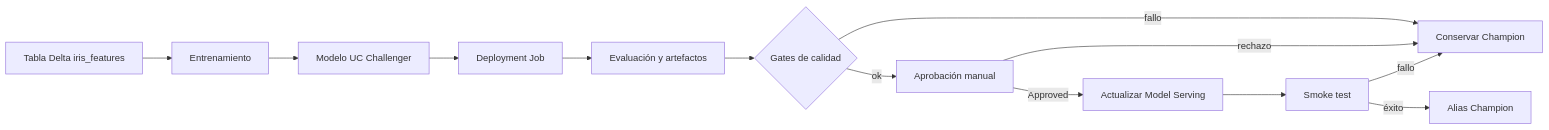
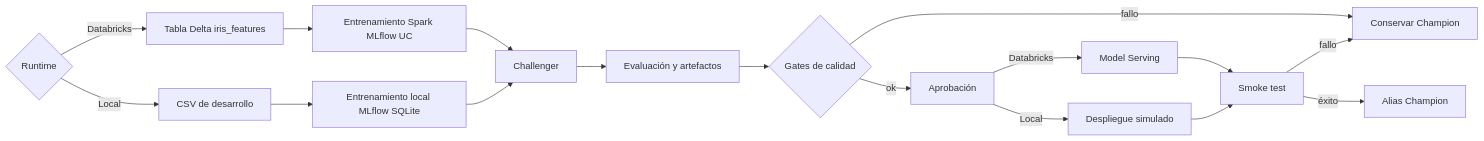
The diagram in docs/architecture.md (cristopheranbus/iris_mlflow), drawn with Mermaid before and after one commit. The commit also changed other lines of this file and 23 other files, not shown here.

````diff
--- a/docs/architecture.md
+++ b/docs/architecture.md
@@ -7,15 +7,19 @@
 ```mermaid
 flowchart LR
-    A[Tabla Delta iris_features] --> B[Entrenamiento]
-    B --> C[Modelo UC Challenger]
-    C --> D[Deployment Job]
-    D --> E[Evaluación y artefactos]
-    E --> F{Gates de calidad}
-    F -->|fallo| G[Conservar Champion]
-    F -->|ok| H[Aprobación manual]
-    H -->|rechazo| G
-    H -->|Approved| I[Actualizar Model Serving]
-    I --> J[Smoke test]
-    J -->|fallo| G
+    A{Runtime} -->|Databricks| B[Tabla Delta iris_features]
+    A -->|Local| L[CSV de desarrollo]
+    B --> C[Entrenamiento Spark MLflow UC]
+    L --> M[Entrenamiento local MLflow SQLite]
+    C --> N[Challenger]
+    M --> N
+    N --> D[Evaluación y artefactos]
+    D --> E{Gates de calidad}
+    E -->|fallo| F[Conservar Champion]
+    E -->|ok| G[Aprobación]
+    G -->|Databricks| H[Model Serving]
+    G -->|Local| I[Despliegue simulado]
+    H --> J[Smoke test]
+    I --> J
+    J -->|fallo| F
     J -->|éxito| K[Alias Champion]
 ```
````
